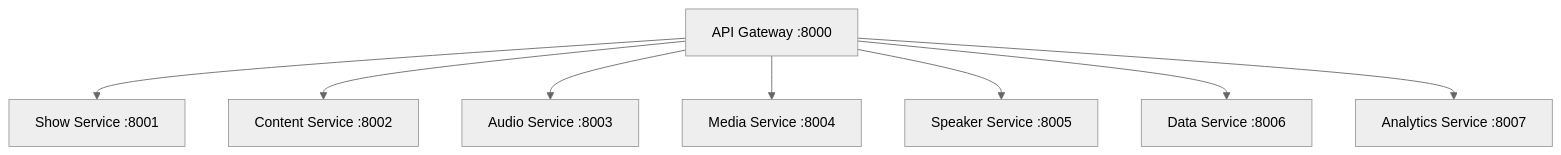
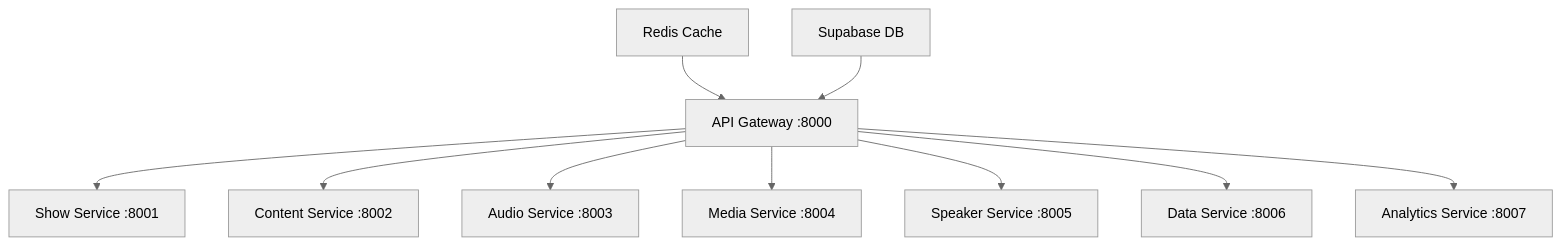
The diagram in docs/user-guide/api-reference.md (muraschal/radiox-backend), drawn with Mermaid (neutral theme) before and after one commit. The commit also changed other lines of this file and 2 other files, not shown here.

````diff
--- a/docs/user-guide/api-reference.md
+++ b/docs/user-guide/api-reference.md
@@ -39,10 +54,12 @@
 ```mermaid
 graph TD
     A[API Gateway :8000] --> B[Show Service :8001]
     A --> C[Content Service :8002] 
     A --> D[Audio Service :8003]
     A --> E[Media Service :8004]
     A --> F[Speaker Service :8005]
     A --> G[Data Service :8006]
     A --> H[Analytics Service :8007]
+    I[Redis Cache] --> A
+    J[Supabase DB] --> A
 ```
````
